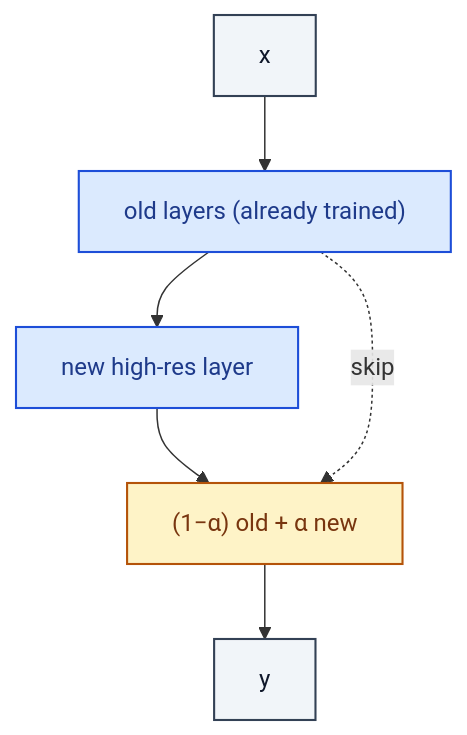
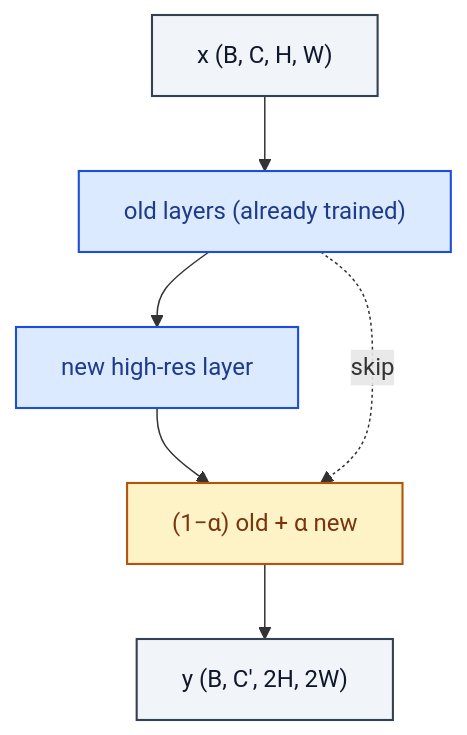
Before and after one commit to RealityShifts/Srivastava-book-of-Blocks-diagrams: the diagram in gan/ProgressiveGrowing.md, drawn with Mermaid. The commit also changed 123 other files, not shown here.

````diff
--- a/gan/ProgressiveGrowing.md
+++ b/gan/ProgressiveGrowing.md
@@ -7,22 +7,23 @@
 ```mermaid
 flowchart TD
-    n0_0["x"]:::io
+    n0_0["x  (B, C, H, W)"]:::io
     n1_0["old layers (already trained)"]:::op
     n2_0["new high-res layer"]:::op
     n3_0["(1−α) old  +  α new"]:::merge
-    n4_0["y"]:::io
+    n4_0["y  (B, C', 2H, 2W)"]:::io
     n0_0 --> n1_0
     n1_0 --> n2_0
     n2_0 --> n3_0
     n3_0 --> n4_0
     n1_0 -. skip .-> n3_0
     classDef io fill:#f1f5f9,stroke:#334155,stroke-width:1.4px,color:#0f172a
     classDef op fill:#dbeafe,stroke:#1d4ed8,stroke-width:1.4px,color:#1e3a8a
     classDef norm fill:#dcfce7,stroke:#15803d,stroke-width:1.4px,color:#14532d
     classDef act fill:#ffedd5,stroke:#c2410c,stroke-width:1.4px,color:#7c2d12
     classDef attn fill:#ede9fe,stroke:#6d28d9,stroke-width:1.4px,color:#4c1d95
     classDef merge fill:#fef3c7,stroke:#b45309,stroke-width:1.4px,color:#78350f
     classDef emb fill:#fef9c3,stroke:#a16207,stroke-width:1.4px,color:#713f12
     classDef loss fill:#fee2e2,stroke:#b91c1c,stroke-width:1.4px,color:#7f1d1d
     classDef ctrl fill:#f5f5f4,stroke:#52525b,stroke-width:1.4px,color:#27272a
+    classDef ref fill:#e0f2fe,stroke:#0369a1,stroke-width:2px,color:#0c4a6e,stroke-dasharray: 4 2
 ```
````
